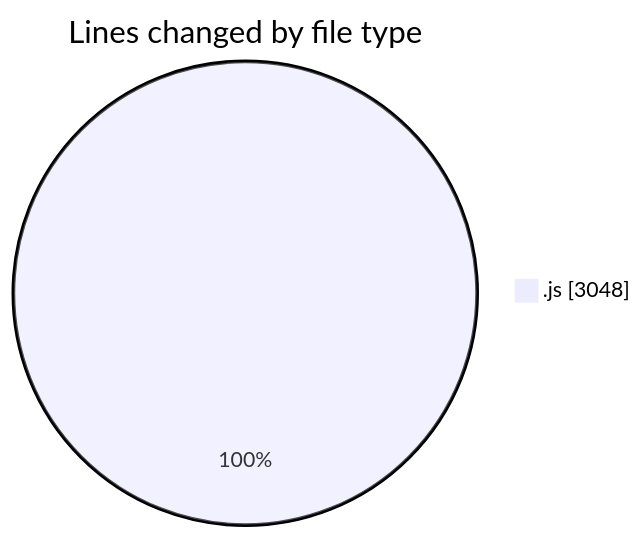
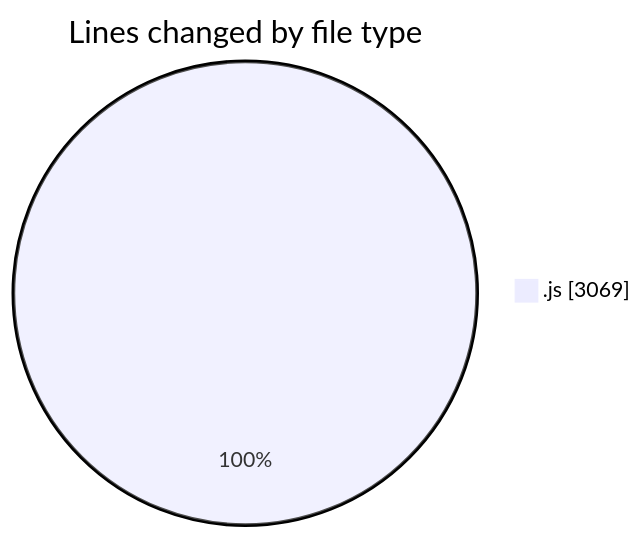
One commit to nxtqubesakshisongat/code-tracking changed the first of 2 diagrams in 2025-09-08/cashcalculator/README.md. Above: the diagram before and after it, drawn with Mermaid. The commit also changed other lines of this file and 1 other file, not shown here.

````diff
--- a/2025-09-08/cashcalculator/README.md
+++ b/2025-09-08/cashcalculator/README.md
@@ -20,5 +20,5 @@
 ```mermaid
 pie showData
 title Lines changed by file type
-".js" : 3048
+".js" : 3069
 ```
````
